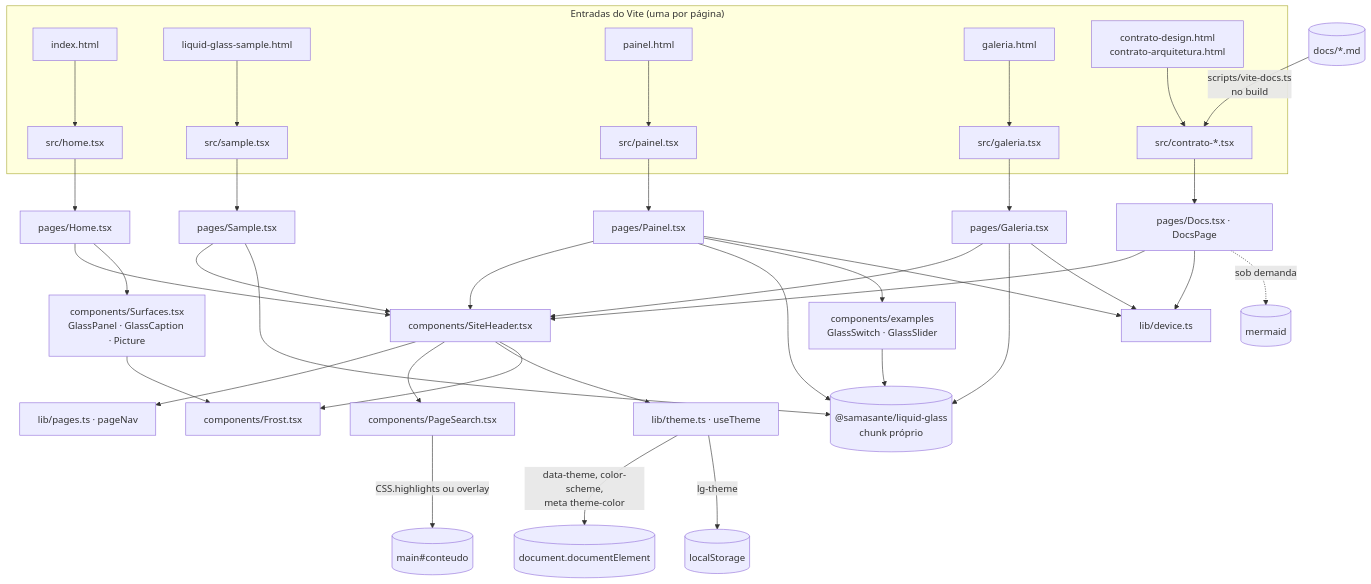
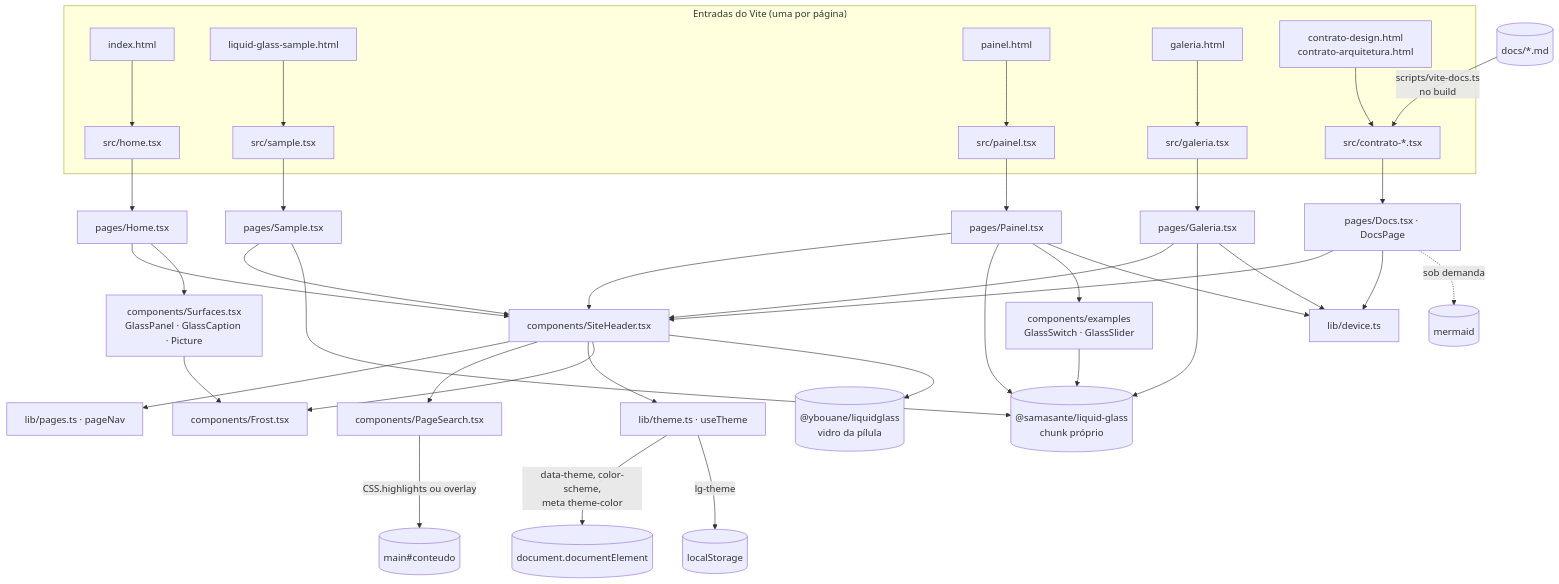
One commit to romastefale/HTML changed the diagram in docs/ARQUITETURA.md. Above: the diagram before and after it, drawn with Mermaid. The commit also changed other lines of this file and 16 other files, not shown here.

````diff
--- a/docs/ARQUITETURA.md
+++ b/docs/ARQUITETURA.md
@@ -177,42 +178,43 @@
 ```mermaid
 flowchart TD
   subgraph Entradas["Entradas do Vite (uma por página)"]
     IH["index.html"] --> HT["src/home.tsx"]
     SH["liquid-glass-sample.html"] --> ST["src/sample.tsx"]
     PH["painel.html"] --> PT["src/painel.tsx"]
     GH["galeria.html"] --> GT["src/galeria.tsx"]
     CH["contrato-design.html<br/>contrato-arquitetura.html"] --> CT["src/contrato-*.tsx"]
   end
   HT --> HOME["pages/Home.tsx"]
   ST --> SAMPLE["pages/Sample.tsx"]
   PT --> PAINEL["pages/Painel.tsx"]
   GT --> GALERIA["pages/Galeria.tsx"]
   CT --> DOCS["pages/Docs.tsx · DocsPage"]
   MD[("docs/*.md")] -->|"scripts/vite-docs.ts<br/>no build"| CT
 
   HOME --> HEADER["components/SiteHeader.tsx"]
   SAMPLE --> HEADER
   PAINEL --> HEADER
   GALERIA --> HEADER
   DOCS --> HEADER
   HEADER --> NAV["lib/pages.ts · pageNav"]
   HEADER --> SEARCH["components/PageSearch.tsx"]
   HEADER --> THEME["lib/theme.ts · useTheme"]
   HEADER --> FROST["components/Frost.tsx"]
+  HEADER --> LG2[("@ybouane/liquidglass<br/>vidro da pílula")]
   HOME --> SURF["components/Surfaces.tsx<br/>GlassPanel · GlassCaption · Picture"]
   SURF --> FROST
 
   SAMPLE --> LIB[("@samasante/liquid-glass<br/>chunk próprio")]
   PAINEL --> LIB
   PAINEL --> EX["components/examples<br/>GlassSwitch · GlassSlider"]
   EX --> LIB
   GALERIA --> LIB
   PAINEL --> DEV["lib/device.ts"]
   GALERIA --> DEV
   DOCS --> DEV
   DOCS -.->|"sob demanda"| MER[("mermaid")]
 
   THEME -->|"data-theme, color-scheme,<br/>meta theme-color"| DOC[("document.documentElement")]
   THEME -->|"lg-theme"| LS[("localStorage")]
   SEARCH -->|"CSS.highlights ou overlay"| MAIN[("main#conteudo")]
 ```
````
